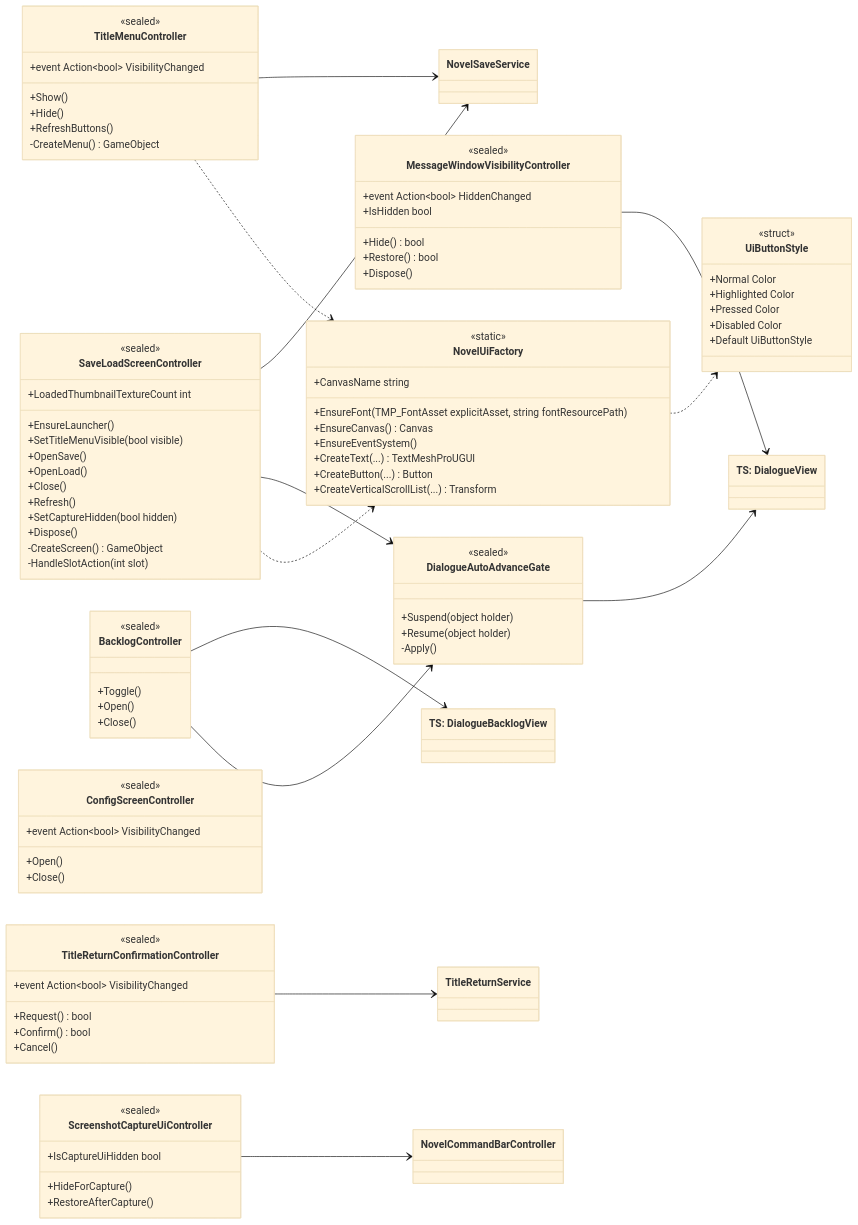
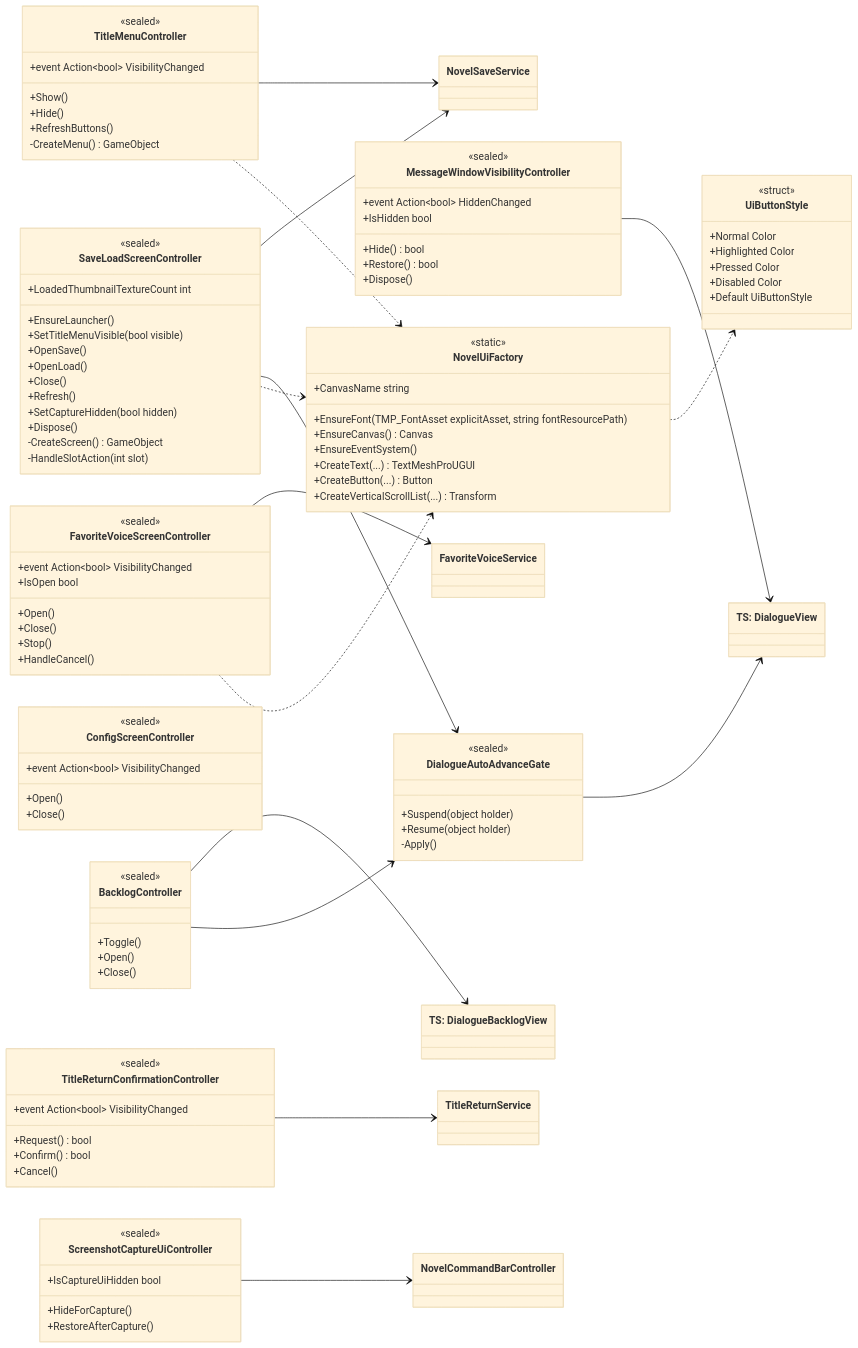
The fifth of 5 diagrams in docs/architecture/class-diagram.ja.md (kkmia417/WhiteRoom), drawn with Mermaid (base theme) before and after one commit. The commit also changed other lines of this file and 16 other files, not shown here.

Commit message:
feat: add favorite voice replay and persistence (#63)

```diff
--- a/docs/architecture/class-diagram.ja.md
+++ b/docs/architecture/class-diagram.ja.md
@@ -454,6 +491,16 @@
         +Close()
     }
 
+    class FavoriteVoiceScreenController {
+        <<sealed>>
+        +event Action~bool~ VisibilityChanged
+        +IsOpen bool
+        +Open()
+        +Close()
+        +Stop()
+        +HandleCancel()
+    }
+
     class MessageWindowVisibilityController {
         <<sealed>>
         +event Action~bool~ HiddenChanged
@@ -501,6 +548,7 @@
     class NovelSaveService
     class TitleReturnService
     class NovelCommandBarController
+    class FavoriteVoiceService
     class DialogueView["TS: DialogueView"]
     class DialogueBacklogView["TS: DialogueBacklogView"]
 
@@ -509,6 +557,8 @@
     SaveLoadScreenController --> DialogueAutoAdvanceGate
     BacklogController --> DialogueBacklogView
     BacklogController --> DialogueAutoAdvanceGate
+    FavoriteVoiceScreenController --> FavoriteVoiceService
+    FavoriteVoiceScreenController ..> NovelUiFactory
     DialogueAutoAdvanceGate --> DialogueView
     MessageWindowVisibilityController --> DialogueView
     TitleReturnConfirmationController --> TitleReturnService
```
